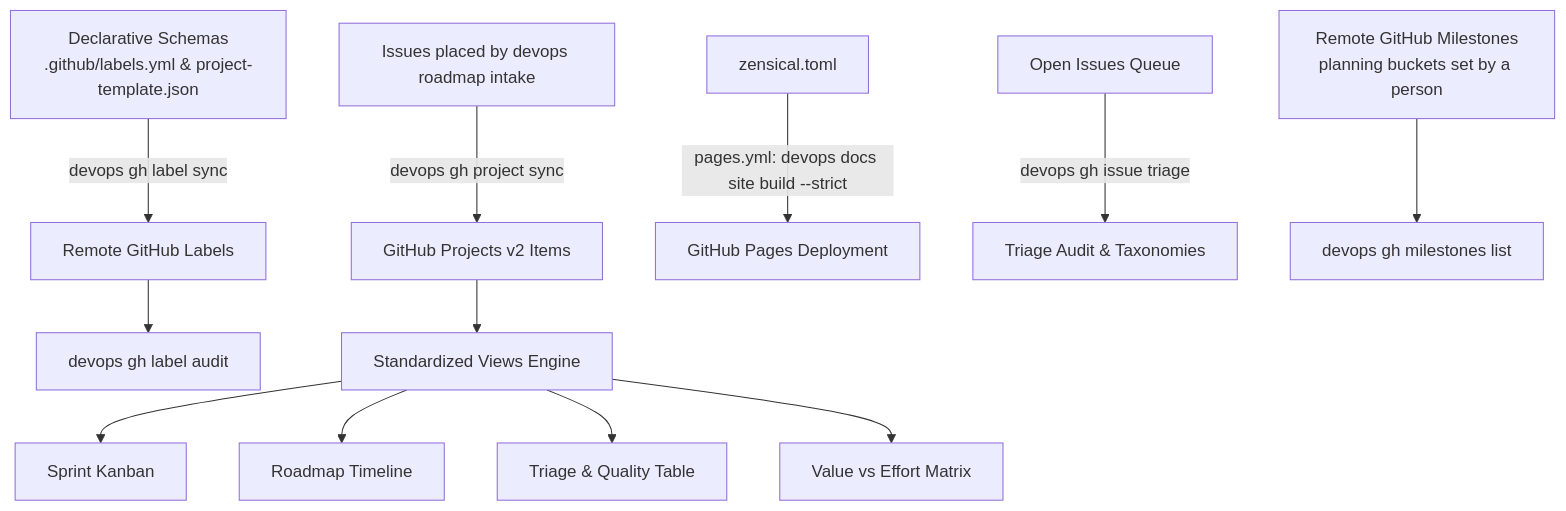
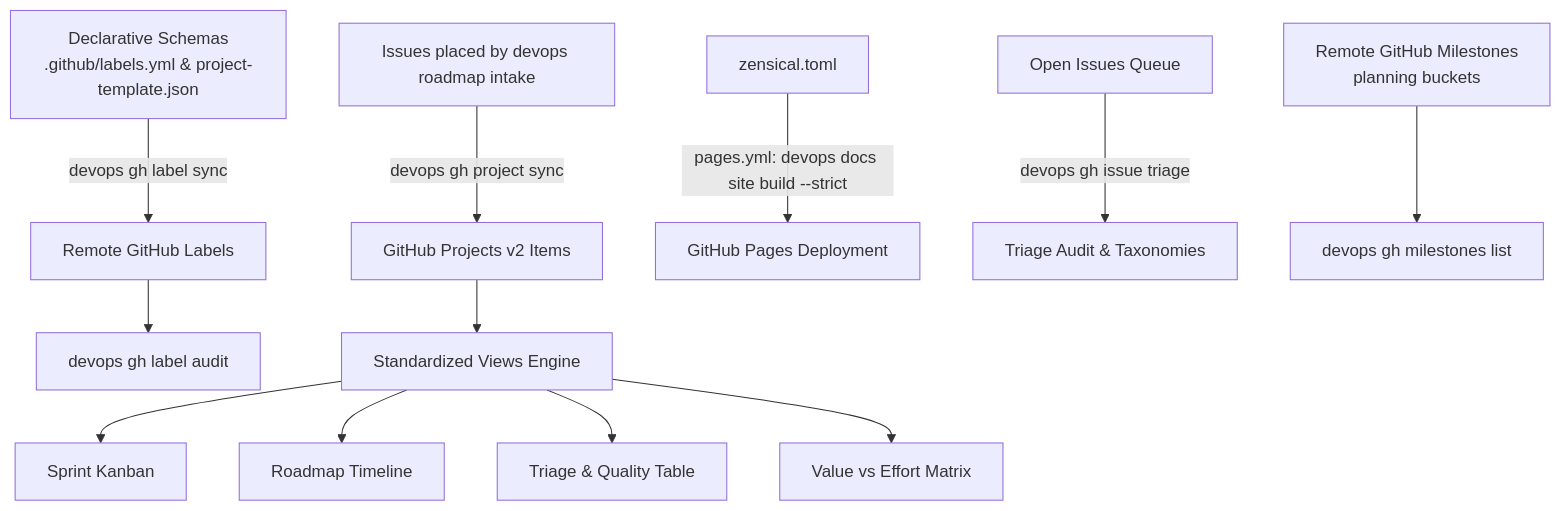
One commit to dan-petty/devops-cli changed the diagram in src/devops_cli/ai/knowledge_base/devops_cli/tasks/github_project_management.md. Above: the diagram before and after it, drawn with Mermaid. The commit also changed other lines of this file and 30 other files, not shown here.

````diff
--- a/src/devops_cli/ai/knowledge_base/devops_cli/tasks/github_project_management.md
+++ b/src/devops_cli/ai/knowledge_base/devops_cli/tasks/github_project_management.md
@@ -17,14 +17,14 @@
 ```mermaid
 graph TD
     A[Declarative Schemas<br/>.github/labels.yml & project-template.json] -->|devops gh label sync| B[Remote GitHub Labels]
     E[Issues placed by devops roadmap intake] -->|devops gh project sync| F[GitHub Projects v2 Items]
     G[zensical.toml] -->|"pages.yml: devops docs site build --strict"| H[GitHub Pages Deployment]
     I[Open Issues Queue] -->|devops gh issue triage| J[Triage Audit & Taxonomies]
     B --> K[devops gh label audit]
-    D[Remote GitHub Milestones<br/>planning buckets set by a person] --> L[devops gh milestones list]
+    D[Remote GitHub Milestones<br/>planning buckets] --> L[devops gh milestones list]
     F --> M[Standardized Views Engine]
     M --> N[Sprint Kanban]
     M --> O[Roadmap Timeline]
     M --> P[Triage & Quality Table]
     M --> Q[Value vs Effort Matrix]
 ```
````
